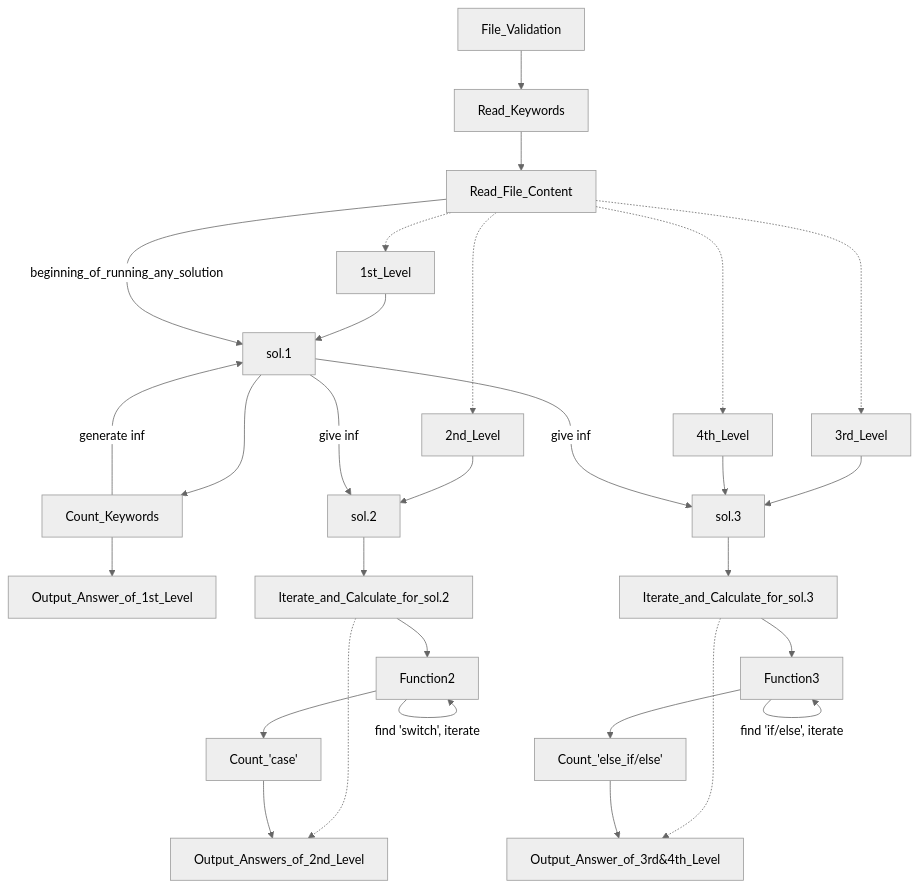
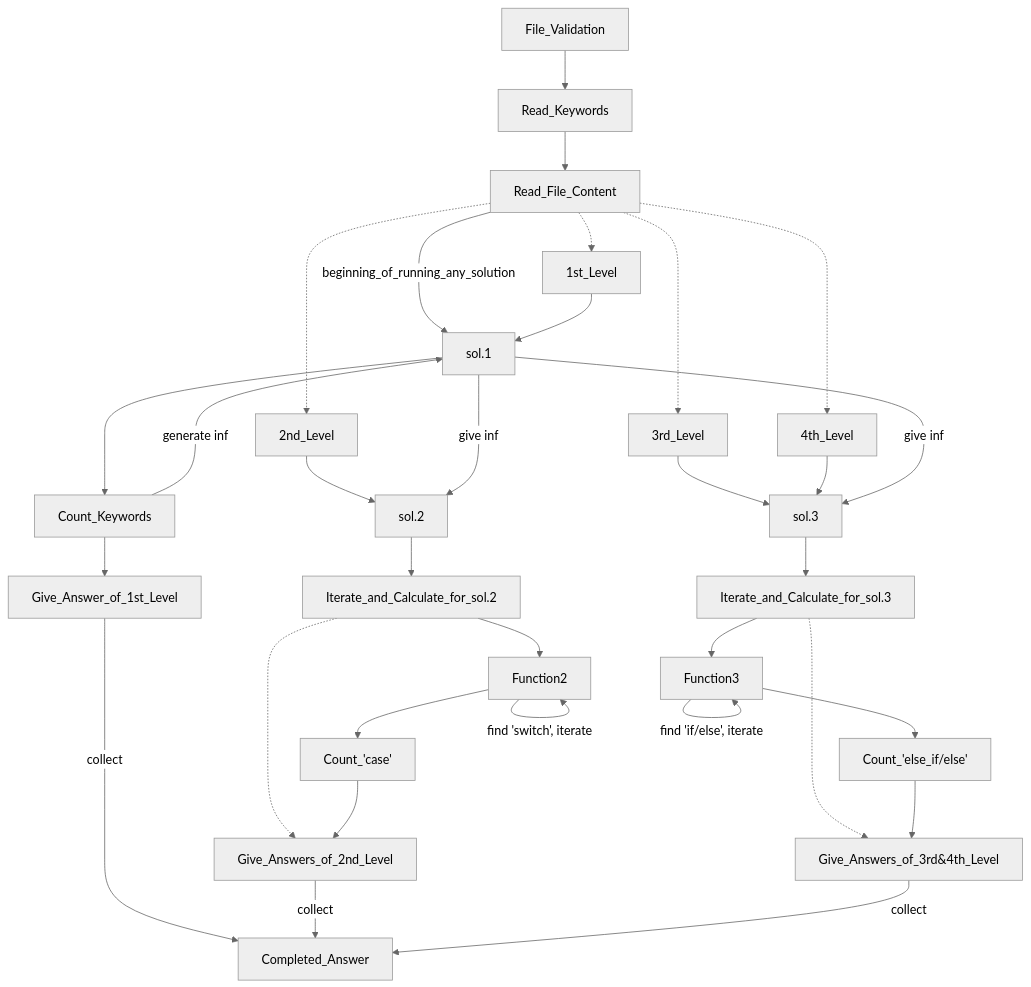
Before and after one commit to LiuJiewenTT/ee308fz_lab1: the diagram in development blog.md, drawn with Mermaid (neutral theme). The commit also changed other lines of this file and 2 other files, not shown here.

Commit message:
upload blog

````diff
--- a/development blog.md
+++ b/development blog.md
@@ -58,30 +58,33 @@
 ``` mermaid
 graph TD
 File_Validation --> Read_Keywords --> Read_File_Content
+Read_File_Content --beginning_of_running_any_solution--> sol.1
 Read_File_Content -.-> 1st_Level
 Read_File_Content -.-> 2nd_Level
 Read_File_Content -.-> 3rd_Level
 Read_File_Content -.-> 4th_Level
 1st_Level --> sol.1
 2nd_Level --> sol.2
 3rd_Level --> sol.3
 4th_Level --> sol.3
 sol.1 --> Count_Keywords
 Count_Keywords -- generate info--> sol.1
-Count_Keywords --> Output_Answer_of_1st_Level
+Count_Keywords --> Give_Answer_of_1st_Level
 sol.1 --give info--> sol.2
 sol.1 --give info--> sol.3
 sol.2 --> Iterate_and_Calculate_for_sol.2
 sol.3 --> Iterate_and_Calculate_for_sol.3
-Iterate_and_Calculate_for_sol.2 -.-> Output_Answers_of_2nd_Level
-Iterate_and_Calculate_for_sol.3 -.-> Output_Answer_of_3rd&4th_Level
+Iterate_and_Calculate_for_sol.2 -.-> Give_Answers_of_2nd_Level
+Iterate_and_Calculate_for_sol.3 -.-> Give_Answers_of_3rd&4th_Level
 Iterate_and_Calculate_for_sol.2 --> Function2
 Function2 --find 'switch', iterate--> Function2
 Function2 --> Count_'case'
-Count_'case' --> Output_Answers_of_2nd_Level
+Count_'case' --> Give_Answers_of_2nd_Level
 Iterate_and_Calculate_for_sol.3 --> Function3
 Function3 --find 'if/else', iterate--> Function3
 Function3 --> Count_'else_if/else'
-Count_'else_if/else' --> Output_Answer_of_3rd&4th_Level
-Read_File_Content --beginning_of_running_any_solution--> sol.1
+Count_'else_if/else' --> Give_Answers_of_3rd&4th_Level
+Give_Answer_of_1st_Level --collect--> Completed_Answer
+Give_Answers_of_2nd_Level --collect--> Completed_Answer
+Give_Answers_of_3rd&4th_Level --collect--> Completed_Answer
 ```
````
